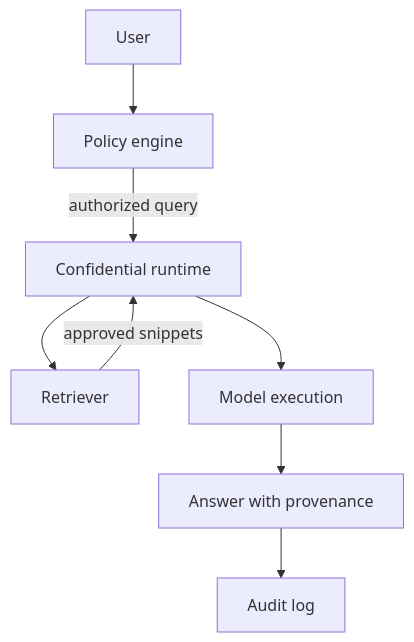
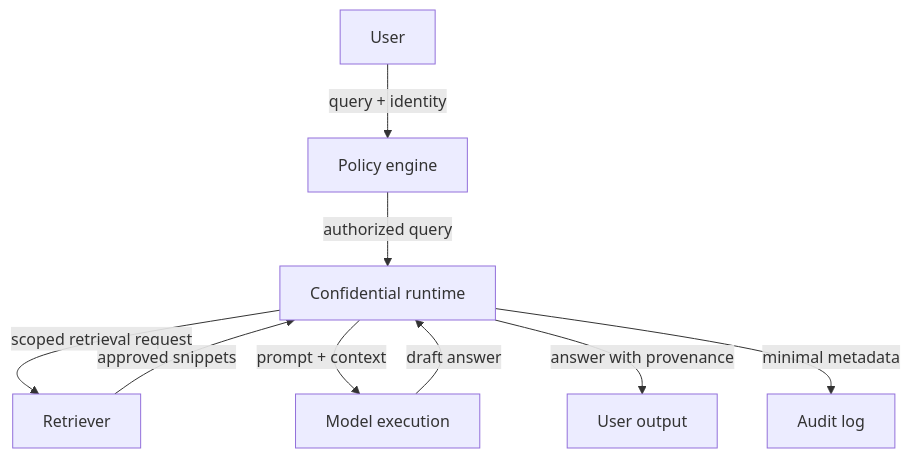
Before and after one commit to I-Love-PETs/i-love-pets.github.io: the diagram in docs/pet-architectures/confidential-rag.md, drawn with Mermaid. The commit also changed other lines of this file and 6 other files, not shown here.

Commit message:
docs(architectures): add v0.4 trust-boundary reviews

````diff
--- a/docs/pet-architectures/confidential-rag.md
+++ b/docs/pet-architectures/confidential-rag.md
@@ -13,10 +13,11 @@
 ```mermaid
 flowchart TD
-  U[User] --> P[Policy engine]
+  U[User] -->|query + identity| P[Policy engine]
   P -->|authorized query| T[Confidential runtime]
-  T --> R[Retriever]
+  T -->|scoped retrieval request| R[Retriever]
   R -->|approved snippets| T
-  T --> M[Model execution]
-  M --> O[Answer with provenance]
-  O --> A[Audit log]
+  T -->|prompt + context| M[Model execution]
+  M -->|draft answer| T
+  T -->|answer with provenance| O[User output]
+  T -->|minimal metadata| A[Audit log]
 ```
````
